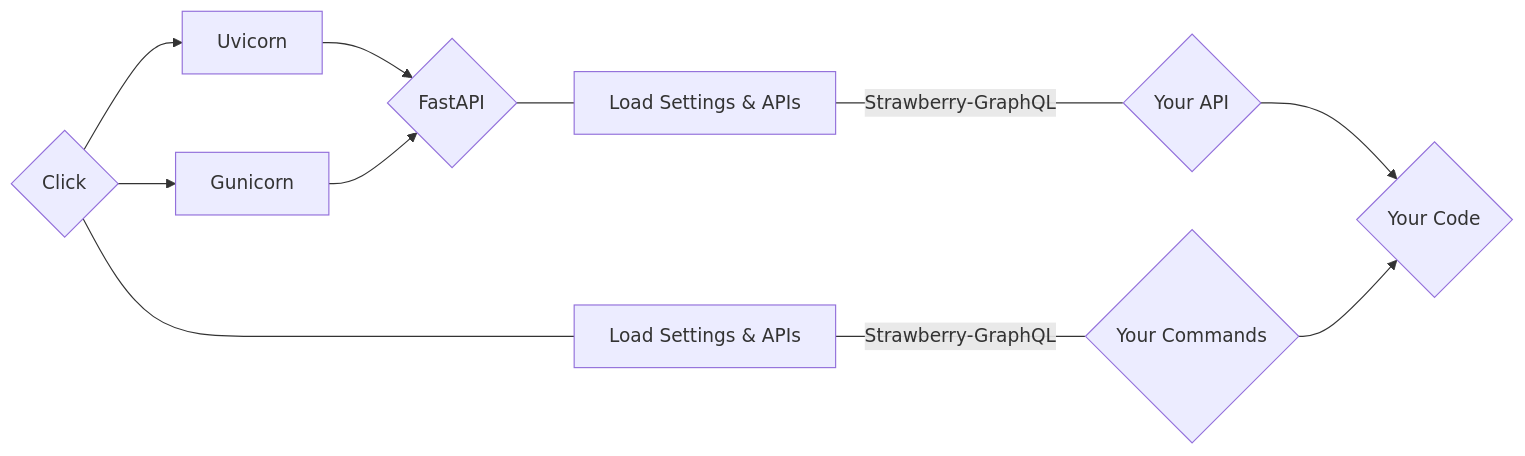
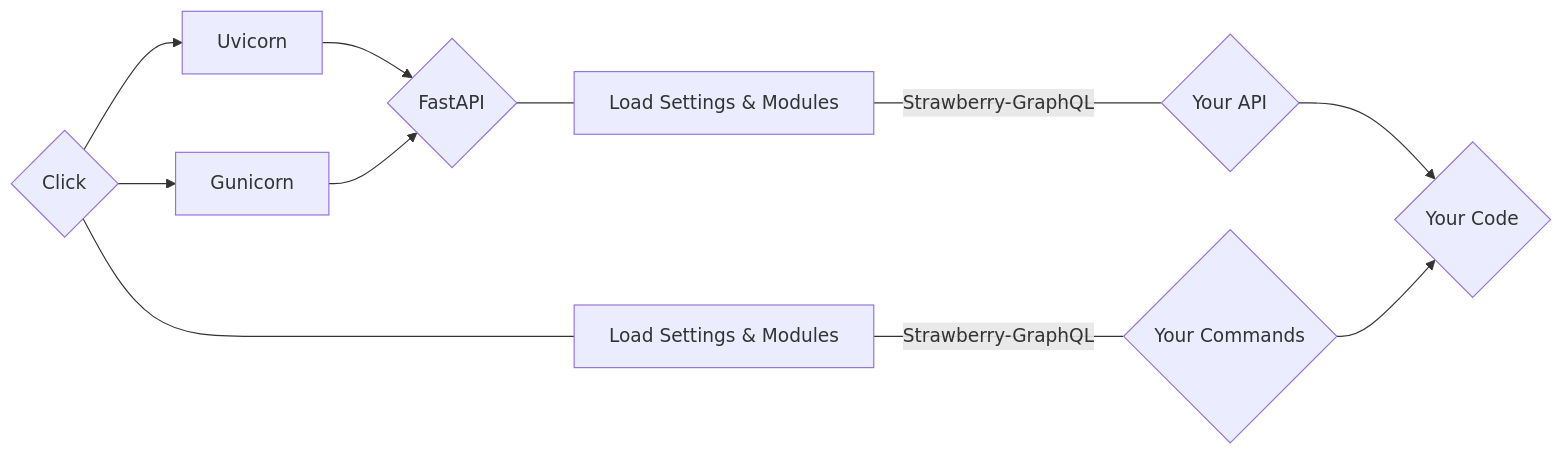
The diagram in docs/docs/index.md (hlop3z/fastberry), drawn with Mermaid before and after one commit. The commit also changed 3 other files, not shown here.

````diff
--- a/docs/docs/index.md
+++ b/docs/docs/index.md
@@ -40,13 +40,13 @@
 ```mermaid
 graph LR;
     A{Click} --> B[Uvicorn];
     A --> C[Gunicorn];
-    A --- D[Load Settings & APIs];
+    A --- D[Load Settings & Modules];
     B --> E{FastAPI};
     C --> E;
-    E --- F[Load Settings & APIs];
+    E --- F[Load Settings & Modules];
     D --- |Strawberry-GraphQL| G{Your Commands};
     F --- |Strawberry-GraphQL| H{Your API};
     H --> Z{Your Code};
     G --> Z;
 ```
````
